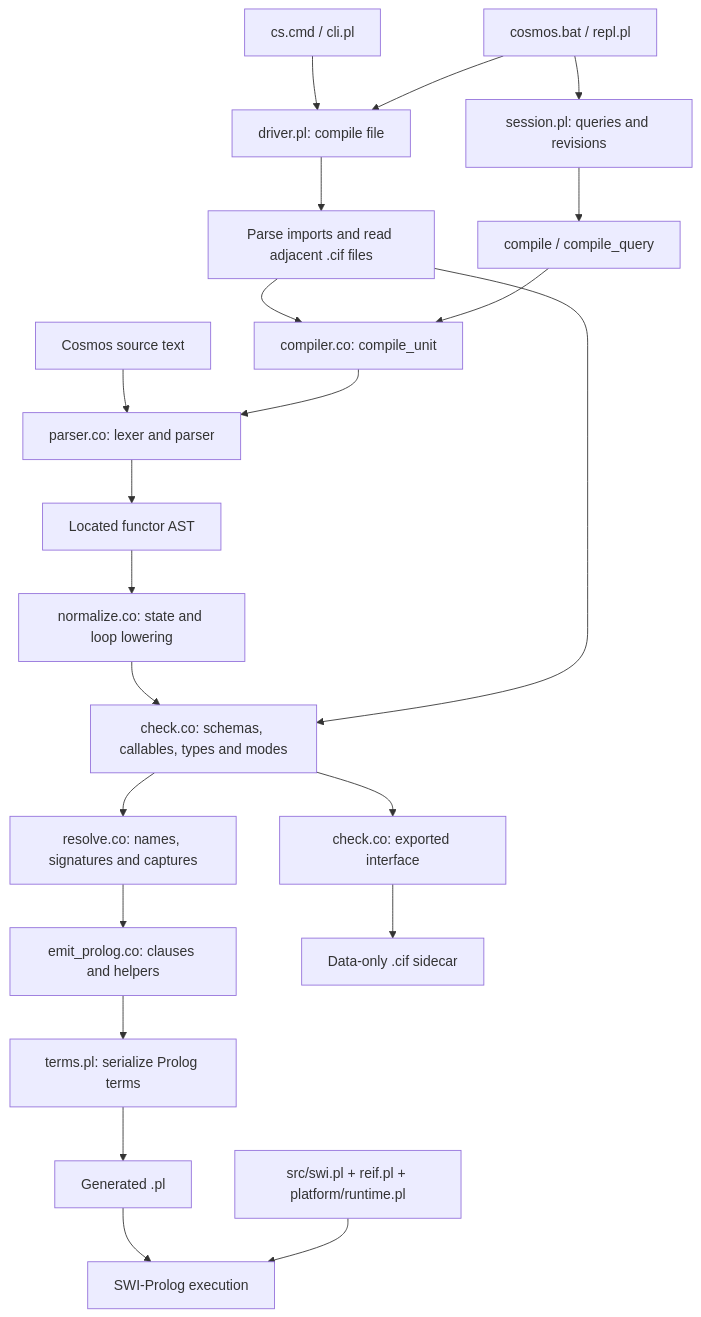
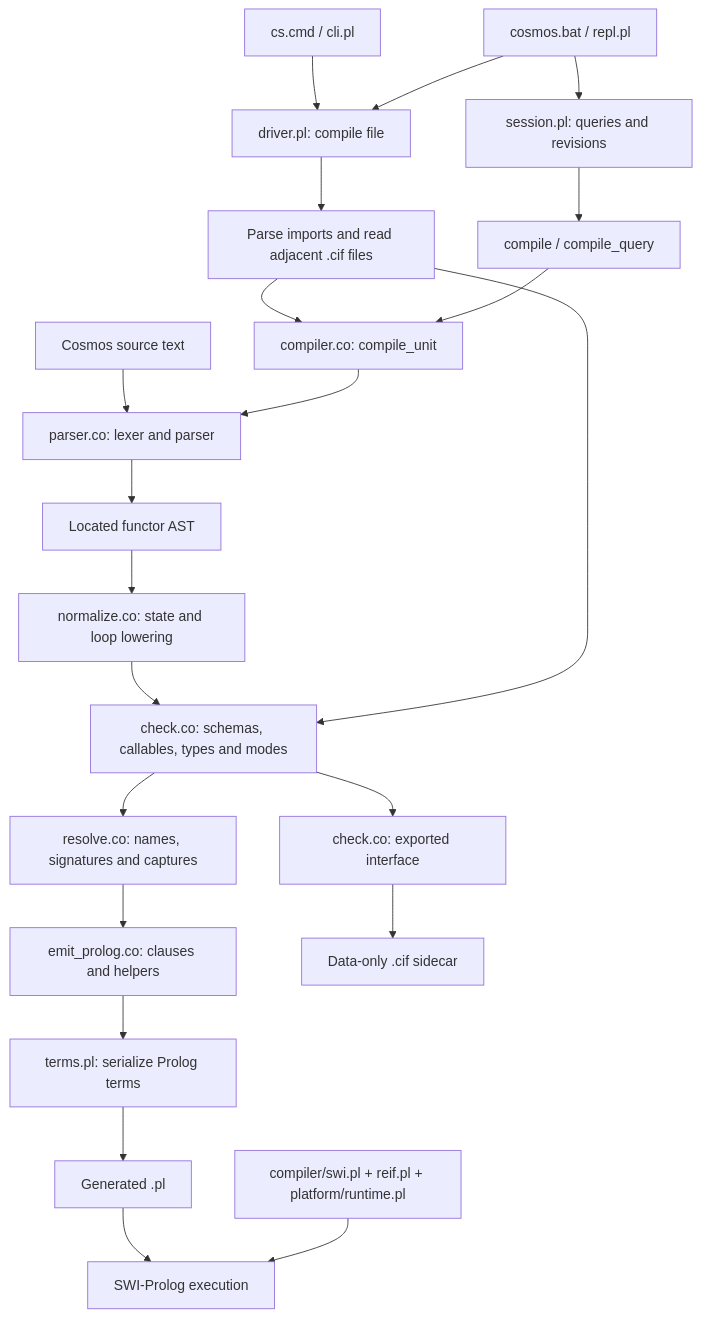
One commit to mcsoto/cosmos changed the first of 2 diagrams in compiler/PROJECT_MAP.md. Above: the diagram before and after it, drawn with Mermaid. The commit also changed other lines of this file and 30 other files, not shown here.

````diff
--- a/compiler/PROJECT_MAP.md
+++ b/compiler/PROJECT_MAP.md
@@ -13,24 +13,24 @@
 ```mermaid
 flowchart TD
     CLI[cs.cmd / cli.pl] --> Driver[driver.pl: compile file]
     REPL[cosmos.bat / repl.pl] --> Driver
     REPL --> Session[session.pl: queries and revisions]
     Driver --> Imports[Parse imports and read adjacent .cif files]
     Imports --> API[compiler.co: compile_unit]
     Session --> Query[compile / compile_query]
     Query --> API
     Source[Cosmos source text] --> Parser[parser.co: lexer and parser]
     API --> Parser
     Parser --> AST[Located functor AST]
     AST --> Normalize[normalize.co: state and loop lowering]
     Normalize --> Check[check.co: schemas, callables, types and modes]
     Imports --> Check
     Check --> Resolve[resolve.co: names, signatures and captures]
     Resolve --> Emit[emit_prolog.co: clauses and helpers]
     Emit --> Terms[terms.pl: serialize Prolog terms]
     Terms --> PL[Generated .pl]
     Check --> Interface[check.co: exported interface]
     Interface --> CIF[Data-only .cif sidecar]
     PL --> SWI[SWI-Prolog execution]
-    Runtime[src/swi.pl + reif.pl + platform/runtime.pl] --> SWI
+    Runtime[compiler/swi.pl + reif.pl + platform/runtime.pl] --> SWI
 ```
````
